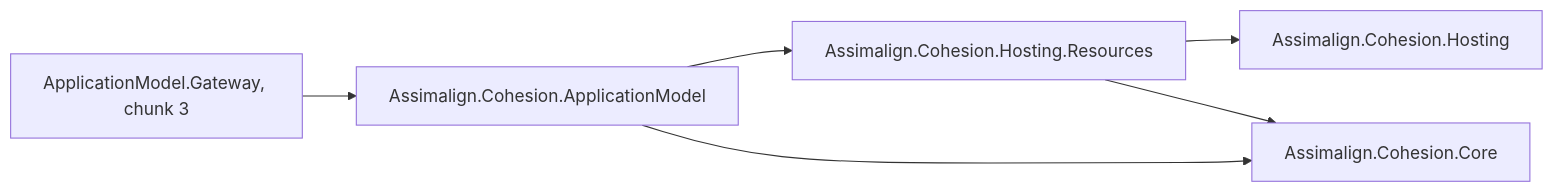
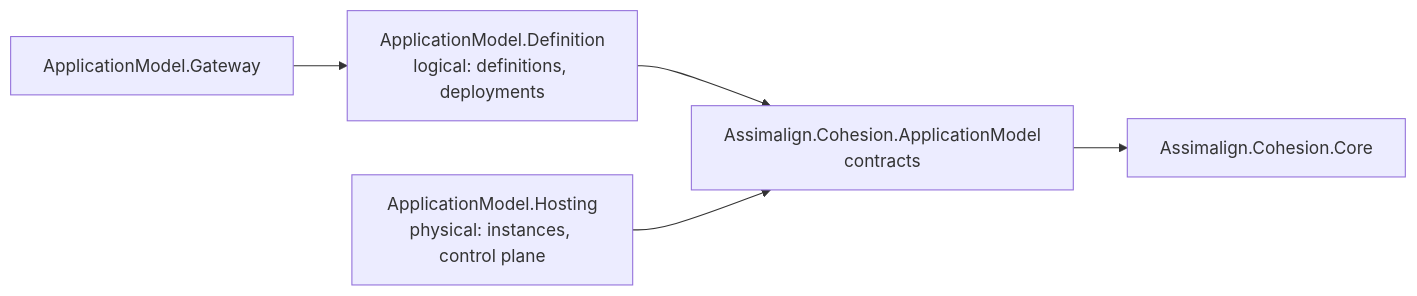
One commit to assimalign/cohesion changed the diagram in libraries/ApplicationModel/Assimalign.Cohesion.ApplicationModel/docs/DESIGN.md. Above: the diagram before and after it, drawn with Mermaid. The commit also changed other lines of this file and 394 other files, not shown here.

First line of the commit message:
refactor(application-model): split the model into contracts, definitions, and hosting

````diff
--- a/libraries/ApplicationModel/Assimalign.Cohesion.ApplicationModel/docs/DESIGN.md
+++ b/libraries/ApplicationModel/Assimalign.Cohesion.ApplicationModel/docs/DESIGN.md
@@ -30,8 +20,7 @@
 ```mermaid
 flowchart LR
-    Gateway["ApplicationModel.Gateway, chunk 3"] --> Model["Assimalign.Cohesion.ApplicationModel"]
-    Model --> Resources["Assimalign.Cohesion.Hosting.Resources"]
-    Model --> Core["Assimalign.Cohesion.Core"]
-    Resources --> Hosting["Assimalign.Cohesion.Hosting"]
-    Resources --> Core
+    Gateway["ApplicationModel.Gateway"] --> Definition["ApplicationModel.Definition<br/>logical: definitions, deployments"]
+    Definition --> Contracts["Assimalign.Cohesion.ApplicationModel<br/>contracts"]
+    Hosting["ApplicationModel.Hosting<br/>physical: instances, control plane"] --> Contracts
+    Contracts --> Core["Assimalign.Cohesion.Core"]
 ```
````
